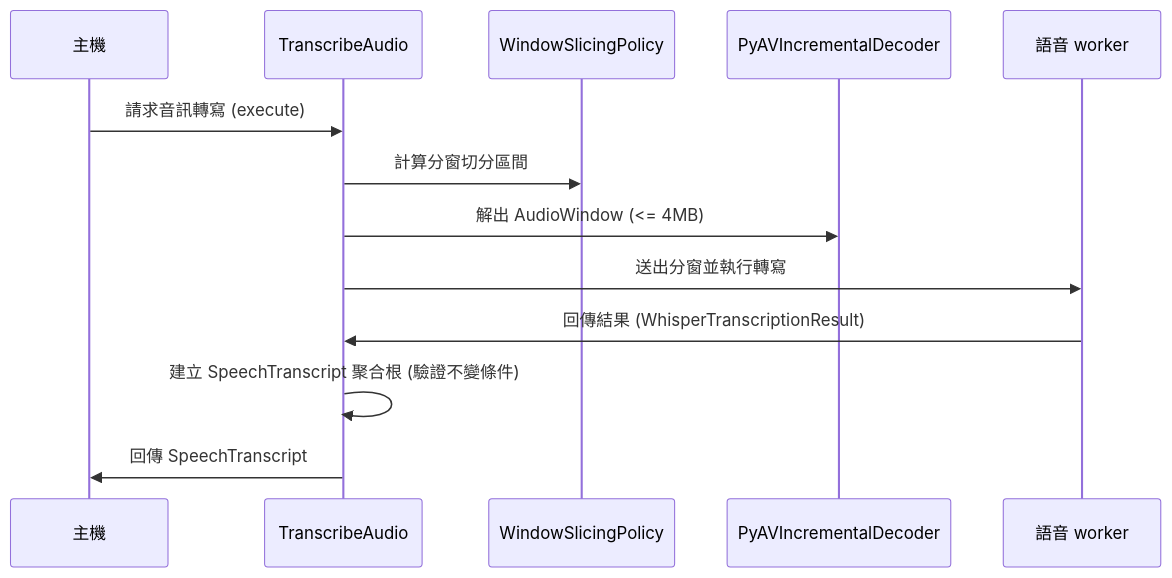
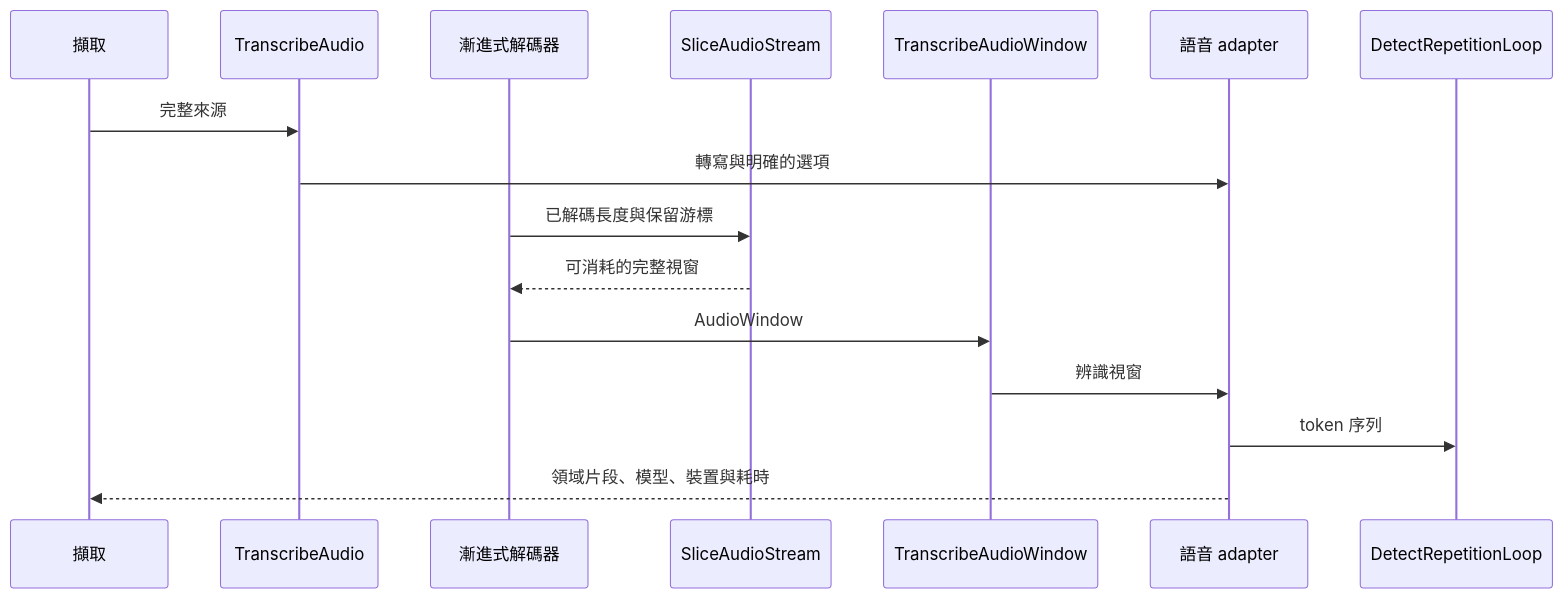
One commit to gx-capture/capture-workbench changed the second of 2 diagrams in docs/domain/speech.md. Above: the diagram before and after it, drawn with Mermaid. The commit also changed other lines of this file and 46 other files, not shown here.

````diff
--- a/docs/domain/speech.md
+++ b/docs/domain/speech.md
@@ -78,15 +34,18 @@
 ```mermaid
 sequenceDiagram
-  participant Host as 主機
-  participant App as TranscribeAudio
-  participant Policy as WindowSlicingPolicy
-  participant Decoder as PyAVIncrementalDecoder
-  participant Worker as 語音 worker
-  Host->>App: 請求音訊轉寫 (execute)
-  App->>Policy: 計算分窗切分區間
-  App->>Decoder: 解出 AudioWindow (<= 4MB)
-  App->>Worker: 送出分窗並執行轉寫
-  Worker->>App: 回傳結果 (WhisperTranscriptionResult)
-  App->>App: 建立 SpeechTranscript 聚合根 (驗證不變條件)
-  App->>Host: 回傳 SpeechTranscript
+  participant Capture as 擷取
+  participant File as TranscribeAudio
+  participant Decoder as 漸進式解碼器
+  participant Slice as SliceAudioStream
+  participant Window as TranscribeAudioWindow
+  participant Adapter as 語音 adapter
+  participant Stop as DetectRepetitionLoop
+  Capture->>File: 完整來源
+  File->>Adapter: 轉寫與明確的選項
+  Decoder->>Slice: 已解碼長度與保留游標
+  Slice-->>Decoder: 可消耗的完整視窗
+  Decoder->>Window: AudioWindow
+  Window->>Adapter: 辨識視窗
+  Adapter->>Stop: token 序列
+  Adapter-->>Capture: 領域片段、模型、裝置與耗時
 ```
````
